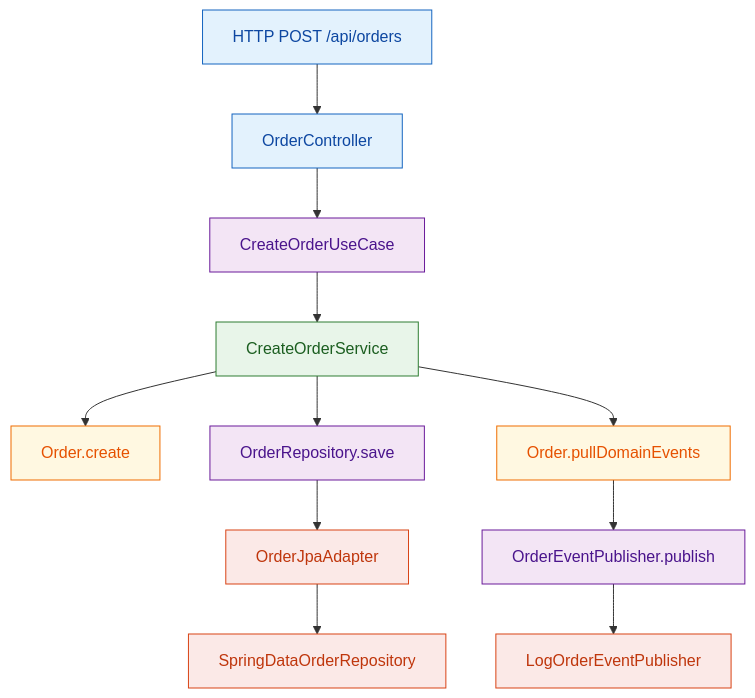
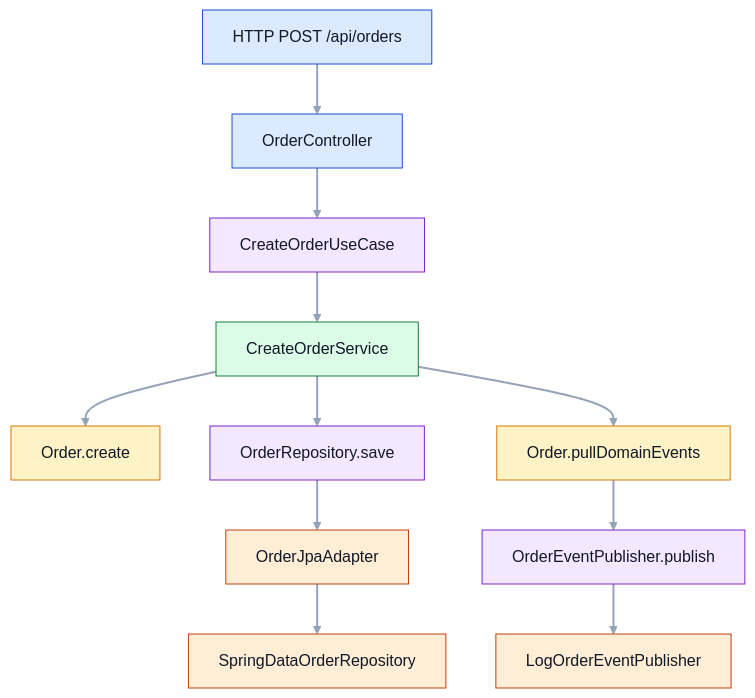
One commit to VirtualCave/modern-architecture-patterns changed the first of 5 diagrams in hexagonal/README.md. Above: the diagram before and after it, drawn with Mermaid. The commit also changed other lines of this file and 4 other files, not shown here.

````diff
--- a/hexagonal/README.md
+++ b/hexagonal/README.md
@@ -37,25 +45,28 @@
 ```mermaid
+%%{init: {'theme':'base','themeVariables': {'background':'transparent','primaryTextColor':'#111827','lineColor':'#94A3B8'}}}%%
 flowchart TD
 	A[HTTP POST /api/orders] --> B[OrderController]
 	B --> C[CreateOrderUseCase]
 	C --> D[CreateOrderService]
 	D --> E[Order.create]
 	D --> F[OrderRepository.save]
 	F --> G[OrderJpaAdapter]
 	G --> H[SpringDataOrderRepository]
 	D --> I[Order.pullDomainEvents]
 	I --> J[OrderEventPublisher.publish]
 	J --> K[LogOrderEventPublisher]
 
-	classDef entry fill:#E3F2FD,stroke:#1565C0,stroke-width:1px,color:#0D47A1;
-	classDef app fill:#E8F5E9,stroke:#2E7D32,stroke-width:1px,color:#1B5E20;
-	classDef domain fill:#FFF8E1,stroke:#EF6C00,stroke-width:1px,color:#E65100;
-	classDef port fill:#F3E5F5,stroke:#6A1B9A,stroke-width:1px,color:#4A148C;
-	classDef infra fill:#FBE9E7,stroke:#D84315,stroke-width:1px,color:#BF360C;
+  linkStyle default stroke:#94A3B8,stroke-width:2px;
+
+  classDef entry fill:#DBEAFE,stroke:#1D4ED8,stroke-width:1px,color:#111827;
+  classDef app fill:#DCFCE7,stroke:#15803D,stroke-width:1px,color:#111827;
+  classDef domain fill:#FEF3C7,stroke:#D97706,stroke-width:1px,color:#111827;
+  classDef port fill:#F3E8FF,stroke:#7E22CE,stroke-width:1px,color:#111827;
+  classDef infra fill:#FFEDD5,stroke:#C2410C,stroke-width:1px,color:#111827;
 
 	class A,B entry;
 	class C,F,J port;
 	class D app;
 	class E,I domain;
 	class G,H,K infra;
 ```
````
